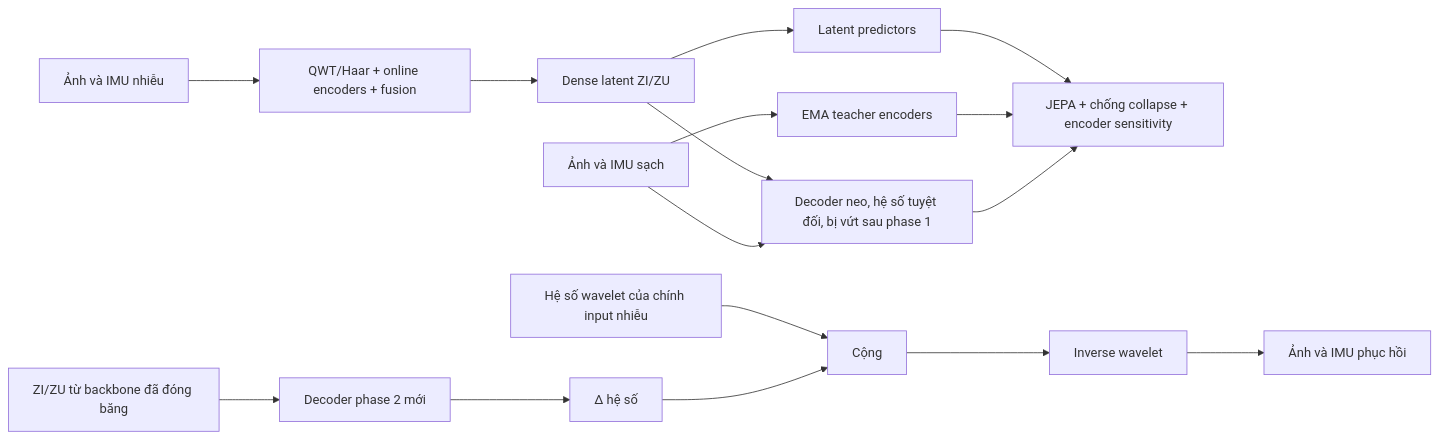
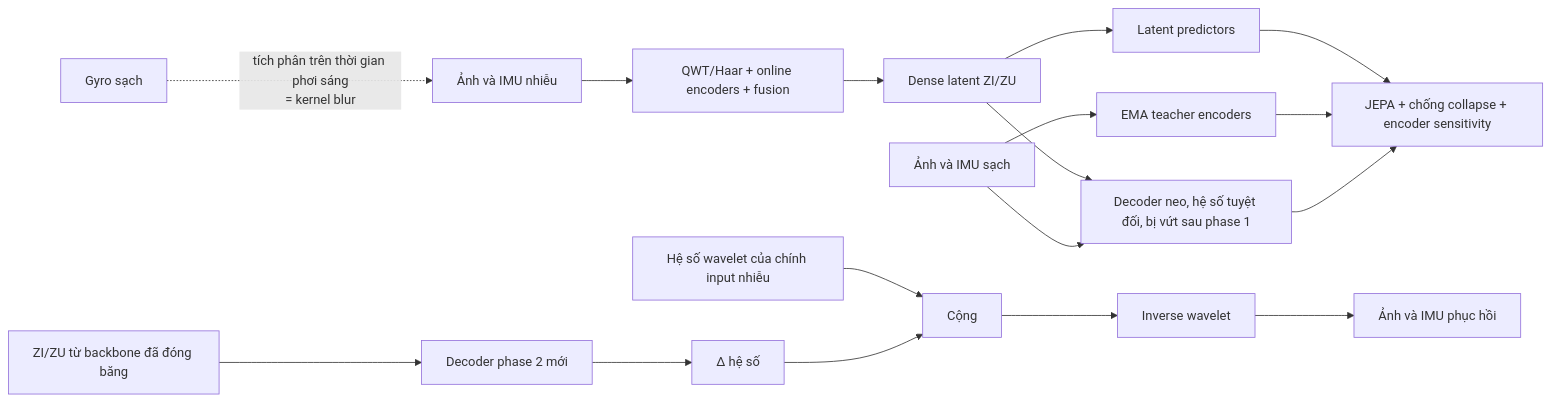
Before and after one commit to leesanghyoek/qwt_jepa_ver3: the first of 4 diagrams in README.md, drawn with Mermaid. The commit also changed other lines of this file and 19 other files, not shown here.

````diff
--- a/README.md
+++ b/README.md
@@ -32,18 +70,19 @@
 ```mermaid
 flowchart LR
+    G[Gyro sạch] -.-> |"tích phân trên thời gian phơi sáng<br/>= kernel blur"| N
     N[Ảnh và IMU nhiễu] --> B[QWT/Haar + online encoders + fusion]
     B --> Z[Dense latent ZI/ZU]
     C[Ảnh và IMU sạch] --> T[EMA teacher encoders]
     Z --> P[Latent predictors]
     P --> L[JEPA + chống collapse + encoder sensitivity]
     T --> L
     Z --> A[Decoder neo, hệ số tuyệt đối, bị vứt sau phase 1]
     C --> A
     A --> L
     Z2[ZI/ZU từ backbone đã đóng băng] --> D[Decoder phase 2 mới]
     D --> DZ[Δ hệ số]
     IN[Hệ số wavelet của chính input nhiễu] --> SUM[Cộng]
     DZ --> SUM
     SUM --> W[Inverse wavelet]
     W --> R[Ảnh và IMU phục hồi]
 ```
````
